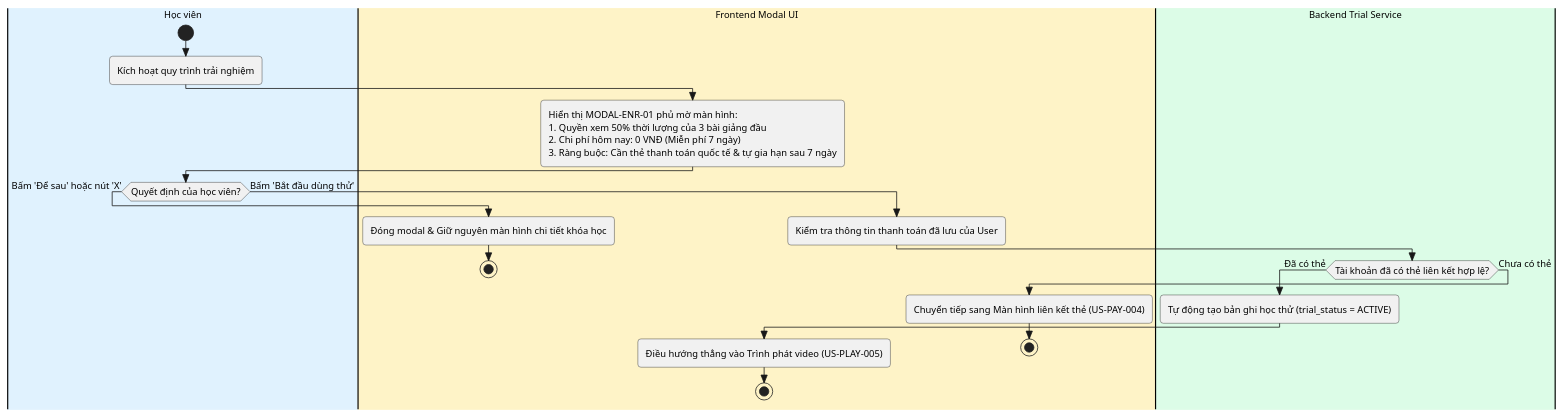
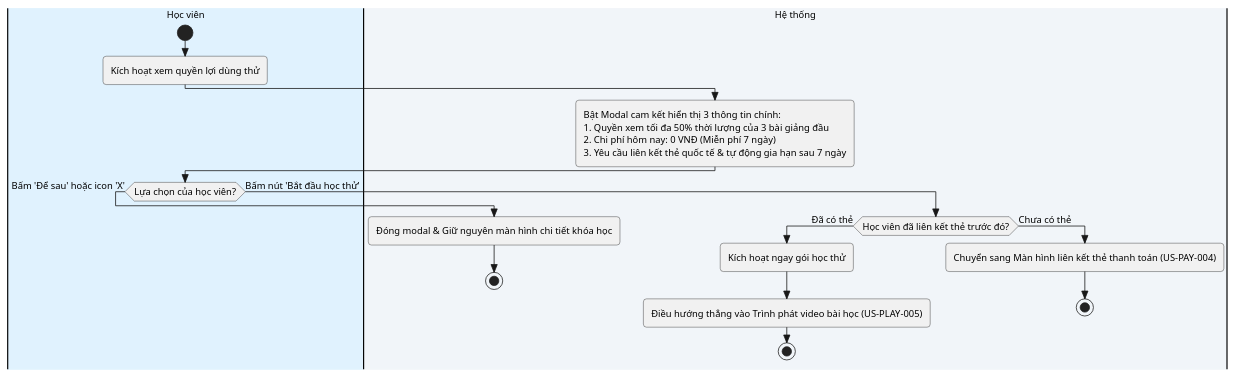
One commit to DDAnDucDuong/ansera-user-stories changed the fourth of 7 diagrams in ACTIVITY_SWIMLANE.puml. Above: the diagram before and after it, drawn with PlantUML. The commit also changed other lines of this file, not shown here.

Commit message:
refactor: gộp các actor hệ thống thành System, chỉ thể hiện tương tác giao diện hiển thị

```diff
--- a/ACTIVITY_SWIMLANE.puml
+++ b/ACTIVITY_SWIMLANE.puml
@@ -254,41 +211,36 @@
-@startuml US_ENR_003_Swimlane
+@startuml US_ENR_003_Simplified
 skinparam style strictuml
 skinparam shadowing false
 skinparam roundCorner 8
 skinparam defaultFontName Arial
 skinparam defaultFontSize 12
 
 |#E0F2FE|Học viên|
-|#FEF3C7|Frontend Modal UI|
-|#DCFCE7|Backend Trial Service|
+|#F1F5F9|Hệ thống|
 
 |Học viên|
 start
-:Kích hoạt quy trình trải nghiệm;
-|Frontend Modal UI|
-:Hiển thị MODAL-ENR-01 phủ mờ màn hình:
-1. Quyền xem 50% thời lượng của 3 bài giảng đầu
+:Kích hoạt xem quyền lợi dùng thử;
+|Hệ thống|
+:Bật Modal cam kết hiển thị 3 thông tin chính:
+1. Quyền xem tối đa 50% thời lượng của 3 bài giảng đầu
 2. Chi phí hôm nay: 0 VNĐ (Miễn phí 7 ngày)
-3. Ràng buộc: Cần thẻ thanh toán quốc tế & tự gia hạn sau 7 ngày;
+3. Yêu cầu liên kết thẻ quốc tế & tự động gia hạn sau 7 ngày;
 
 |Học viên|
-if (Quyết định của học viên?) then (Bấm 'Để sau' hoặc nút 'X')
-  |Frontend Modal UI|
+if (Lựa chọn của học viên?) then (Bấm 'Để sau' hoặc icon 'X')
+  |Hệ thống|
   :Đóng modal & Giữ nguyên màn hình chi tiết khóa học;
   stop
-else (Bấm 'Bắt đầu dùng thử')
-  |Frontend Modal UI|
-  :Kiểm tra thông tin thanh toán đã lưu của User;
-  |Backend Trial Service|
-  if (Tài khoản đã có thẻ liên kết hợp lệ?) then (Đã có thẻ)
-    :Tự động tạo bản ghi học thử (trial_status = ACTIVE);
-    |Frontend Modal UI|
-    :Điều hướng thẳng vào Trình phát video (US-PLAY-005);
+else (Bấm nút 'Bắt đầu học thử')
+  |Hệ thống|
+  if (Học viên đã liên kết thẻ trước đó?) then (Đã có thẻ)
+    :Kích hoạt ngay gói học thử;
+    :Điều hướng thẳng vào Trình phát video bài học (US-PLAY-005);
     stop
   else (Chưa có thẻ)
-    |Frontend Modal UI|
-    :Chuyển tiếp sang Màn hình liên kết thẻ (US-PAY-004);
+    :Chuyển sang Màn hình liên kết thẻ thanh toán (US-PAY-004);
     stop
   endif
 endif
 @enduml
```
